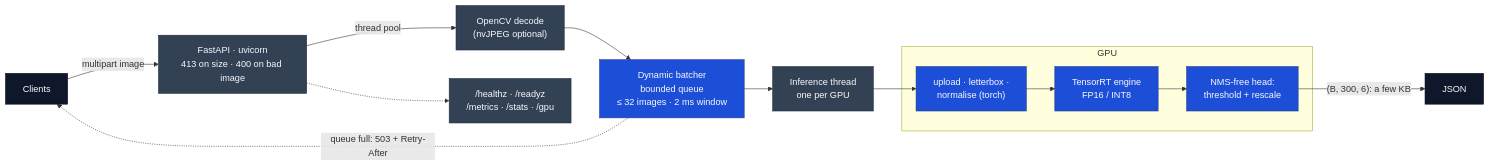
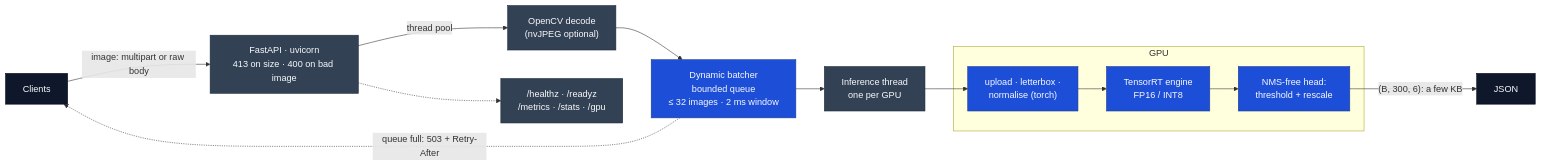
One commit to Ankyriazis/yolo26-inference-service changed the diagram in README.md. Above: the diagram before and after it, drawn with Mermaid. The commit also changed other lines of this file and 2 other files, not shown here.

````diff
--- a/README.md
+++ b/README.md
@@ -139,22 +169,22 @@
 ```mermaid
 flowchart LR
-    C["Clients"] -->|"multipart image"| API["FastAPI · uvicorn<br/>413 on size · 400 on bad image"]
+    C["Clients"] -->|"image: multipart or raw body"| API["FastAPI · uvicorn<br/>413 on size · 400 on bad image"]
     API -->|"thread pool"| DEC["OpenCV decode<br/>(nvJPEG optional)"]
     DEC --> Q["Dynamic batcher<br/>bounded queue<br/>≤ 32 images · 2 ms window"]
     Q -.->|"queue full: 503 + Retry-After"| C
     Q --> T["Inference thread<br/>one per GPU"]
     subgraph DEV["GPU"]
       P["upload · letterbox ·<br/>normalise (torch)"] --> M["TensorRT engine<br/>FP16 / INT8"]
       M --> PP["NMS-free head:<br/>threshold + rescale"]
     end
     T --> P
     PP -->|"(B, 300, 6): a few KB"| R["JSON"]
     API -.-> OPS["/healthz · /readyz<br/>/metrics · /stats · /gpu"]
 
     classDef edge fill:#0f172a,stroke:#020617,color:#f8fafc;
     classDef stage fill:#334155,stroke:#1e293b,color:#f8fafc;
     classDef key fill:#1d4ed8,stroke:#1e3a8a,color:#f8fafc;
     class C,R edge;
     class API,DEC,T,OPS stage;
     class Q,P,M,PP key;
 ```
````
